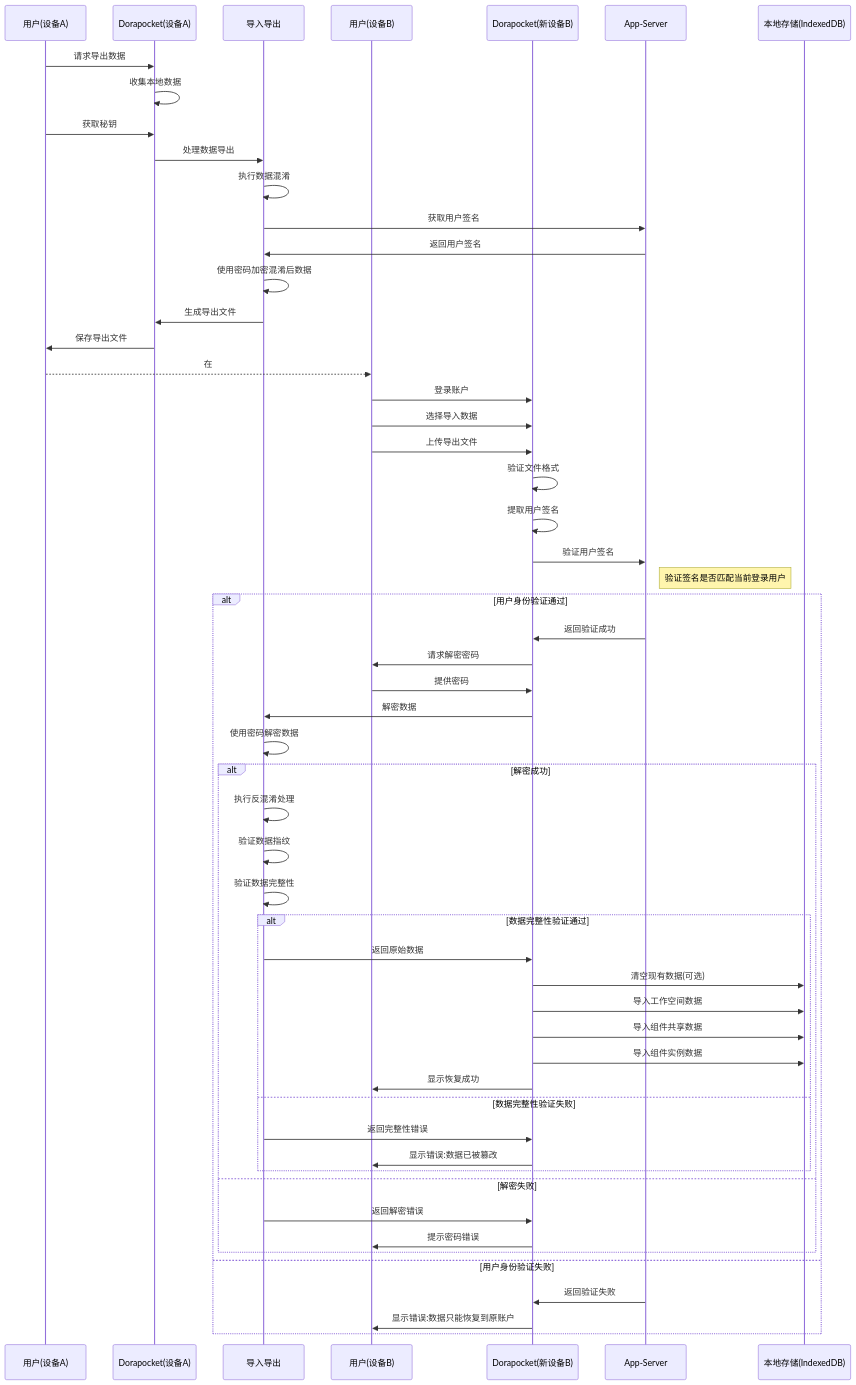
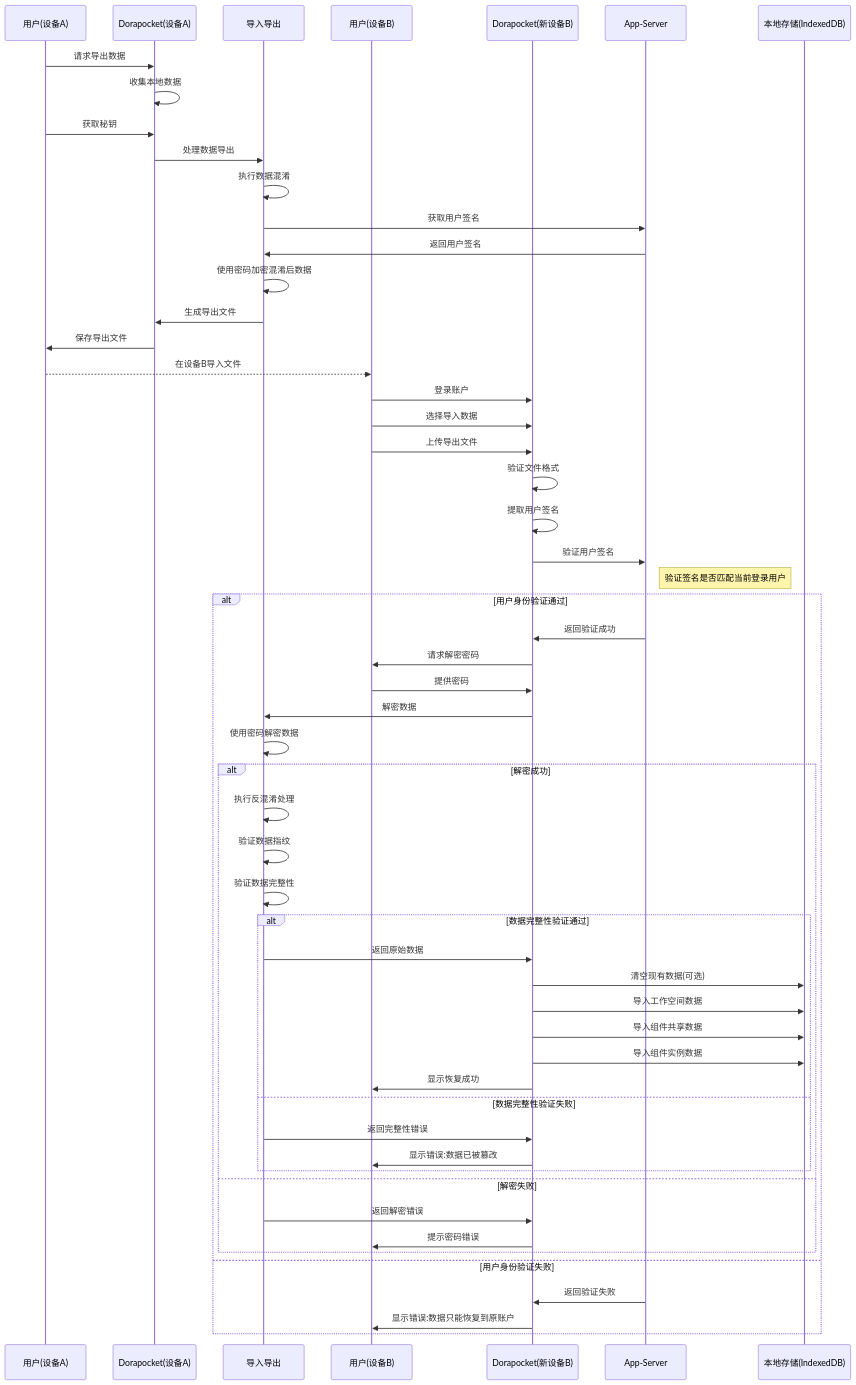
One commit to yingjianzh/iodraw-files changed the diagram in all/未命名-34.md. Above: the diagram before and after it, drawn with Mermaid.

Commit message:
2025-04-17 16:54:58 update

````diff
--- a/all/未命名-34.md
+++ b/all/未命名-34.md
@@ -1,70 +1,70 @@
 ```mermaid
 sequenceDiagram
     participant UserOld as 用户(设备A)
     participant AppOld as Dorapocket(设备A)
     participant Security as 导入导出
     participant UserNew as 用户(设备B)
     participant AppNew as Dorapocket(新设备B)
     participant AppServer as App-Server
     participant LocalDB as 本地存储(IndexedDB)
     
     %% 导出流程
     UserOld->>AppOld: 请求导出数据
     AppOld->>AppOld: 收集本地数据
     UserOld->>AppOld: 获取秘钥
     
     AppOld->>Security: 处理数据导出
     Security->>Security: 执行数据混淆
     Security->>AppServer: 获取用户签名
     AppServer->>Security: 返回用户签名
     Security->>Security: 使用密码加密混淆后数据
     Security->>AppOld: 生成导出文件
     AppOld->>UserOld: 保存导出文件
     
     %% 传输文件(由用户完成)
-    UserOld-->>UserNew: 在
+    UserOld-->>UserNew: 在设备B导入文件
     
     %% 恢复流程
     UserNew->>AppNew: 登录账户
     UserNew->>AppNew: 选择导入数据
     UserNew->>AppNew: 上传导出文件
     
     AppNew->>AppNew: 验证文件格式
     AppNew->>AppNew: 提取用户签名
     
     AppNew->>AppServer: 验证用户签名
     note right of AppServer: 验证签名是否匹配当前登录用户
     
     alt 用户身份验证通过
         AppServer->>AppNew: 返回验证成功
         AppNew->>UserNew: 请求解密密码
         UserNew->>AppNew: 提供密码
         
         AppNew->>Security: 解密数据
         Security->>Security: 使用密码解密数据
         
         alt 解密成功
             Security->>Security: 执行反混淆处理
             Security->>Security: 验证数据指纹
             Security->>Security: 验证数据完整性
             
             alt 数据完整性验证通过
                 Security->>AppNew: 返回原始数据
                 AppNew->>LocalDB: 清空现有数据(可选)
                 AppNew->>LocalDB: 导入工作空间数据
                 AppNew->>LocalDB: 导入组件共享数据
                 AppNew->>LocalDB: 导入组件实例数据
                 AppNew->>UserNew: 显示恢复成功
             else 数据完整性验证失败
                 Security->>AppNew: 返回完整性错误
                 AppNew->>UserNew: 显示错误:数据已被篡改
             end
         else 解密失败
             Security->>AppNew: 返回解密错误
             AppNew->>UserNew: 提示密码错误
         end
     else 用户身份验证失败
         AppServer->>AppNew: 返回验证失败
         AppNew->>UserNew: 显示错误:数据只能恢复到原账户
     end
 ```
````
